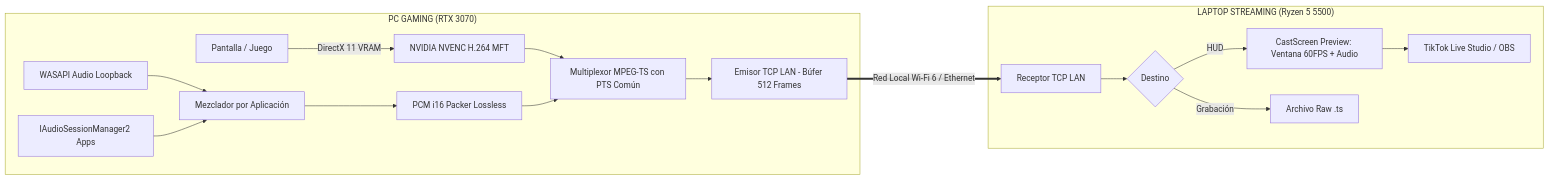
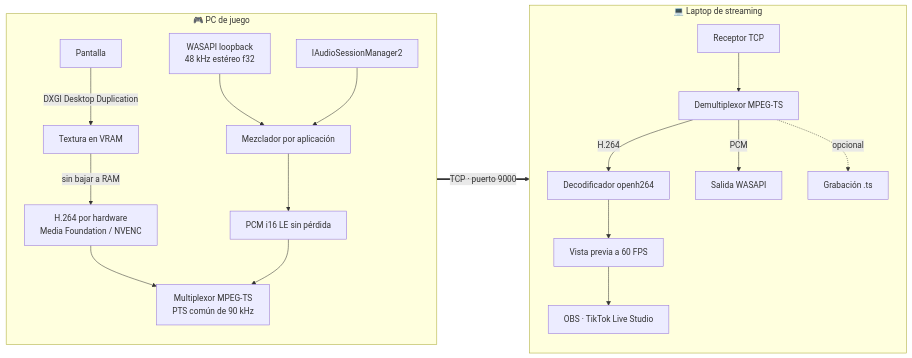
Before and after one commit to gabjesus15/CastScreen: the diagram in README.md, drawn with Mermaid. The commit also changed other lines of this file and 14 other files, not shown here.

````diff
--- a/README.md
+++ b/README.md
@@ -57,21 +39,25 @@
 ```mermaid
 flowchart LR
-    subgraph PC_Gaming["PC GAMING (RTX 3070)"]
-        A[Pantalla / Juego] -->|DirectX 11 VRAM| B[NVIDIA NVENC H.264 MFT]
-        C[WASAPI Audio Loopback] --> MIX[Mezclador por Aplicación]
-        D[IAudioSessionManager2 Apps] --> MIX
-        MIX --> E[PCM i16 Packer Lossless]
-        B --> F[Multiplexor MPEG-TS con PTS Común]
-        E --> F
-        F --> G[Emisor TCP LAN - Búfer 512 Frames]
+    subgraph PC["🎮 PC de juego"]
+        direction TB
+        SCR[Pantalla] -->|DXGI Desktop Duplication| VRAM[Textura en VRAM]
+        VRAM -->|sin bajar a RAM| ENC[H.264 por hardware<br/>Media Foundation / NVENC]
+        WAS[WASAPI loopback<br/>48 kHz estéreo f32] --> MIX[Mezclador por aplicación]
+        SES[IAudioSessionManager2] --> MIX
+        MIX --> PCM[PCM i16 LE sin pérdida]
+        ENC --> MUX[Multiplexor MPEG-TS<br/>PTS común de 90 kHz]
+        PCM --> MUX
     end
 
-    G ==>|Red Local Wi-Fi 6 / Ethernet| H
+    MUX ==>|TCP · puerto 9000| RX
 
-    subgraph Laptop_Stream["LAPTOP STREAMING (Ryzen 5 5500)"]
-        H[Receptor TCP LAN] --> I{Destino}
-        I -->|HUD| J[CastScreen Preview: Ventana 60FPS + Audio]
-        I -->|Grabación| K[Archivo Raw .ts]
-        J --> L[TikTok Live Studio / OBS]
+    subgraph LAP["💻 Laptop de streaming"]
+        direction TB
+        RX[Receptor TCP] --> DEMUX[Demultiplexor MPEG-TS]
+        DEMUX -->|H.264| DEC[Decodificador openh264]
+        DEMUX -->|PCM| OUT[Salida WASAPI]
+        DEC --> PREV[Vista previa a 60 FPS]
+        PREV --> OBS[OBS · TikTok Live Studio]
+        DEMUX -.->|opcional| REC[Grabación .ts]
     end
 ```
````
